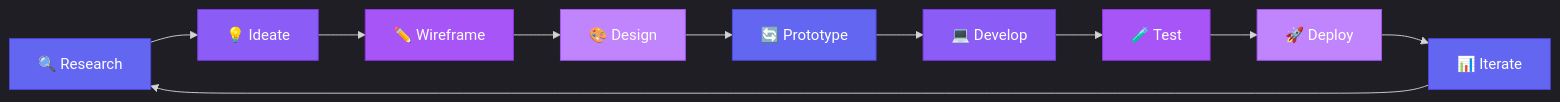
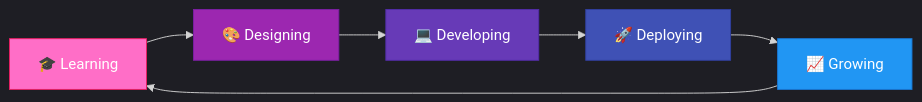
One commit to misharasandalidesilva/MisharaSandaliDeSilva changed the diagram in README.md. Above: the diagram before and after it, drawn with Mermaid. The commit also changed other lines of this file, not shown here.

````diff
--- a/README.md
+++ b/README.md
@@ -106,23 +148,15 @@
 ```mermaid
-%%{init: {'theme':'dark', 'themeVariables': { 'primaryColor':'#6366F1'}}}%%
+%%{init: {'theme':'dark', 'themeVariables': { 'primaryColor':'#FF6EC7'}}}%%
 graph LR
-    A[🔍 Research] --> B[💡 Ideate]
-    B --> C[✏️ Wireframe]
-    C --> D[🎨 Design]
-    D --> E[🔄 Prototype]
-    E --> F[💻 Develop]
-    F --> G[🧪 Test]
-    G --> H[🚀 Deploy]
-    H --> I[📊 Iterate]
-    I --> A
+    A[🎓 Learning] --> B[🎨 Designing]
+    B --> C[💻 Developing]
+    C --> D[🚀 Deploying]
+    D --> E[📈 Growing]
+    E --> A
     
-    style A fill:#6366F1,stroke:#4F46E5,color:#fff
-    style B fill:#8B5CF6,stroke:#7C3AED,color:#fff
-    style C fill:#A855F7,stroke:#9333EA,color:#fff
-    style D fill:#C084FC,stroke:#A855F7,color:#fff
-    style E fill:#6366F1,stroke:#4F46E5,color:#fff
-    style F fill:#8B5CF6,stroke:#7C3AED,color:#fff
-    style G fill:#A855F7,stroke:#9333EA,color:#fff
-    style H fill:#C084FC,stroke:#A855F7,color:#fff
-    style I fill:#6366F1,stroke:#4F46E5,color:#fff
+    style A fill:#FF6EC7,stroke:#E91E63,color:#fff
+    style B fill:#9C27B0,stroke:#7B1FA2,color:#fff
+    style C fill:#673AB7,stroke:#512DA8,color:#fff
+    style D fill:#3F51B5,stroke:#303F9F,color:#fff
+    style E fill:#2196F3,stroke:#1976D2,color:#fff
 ```
````
